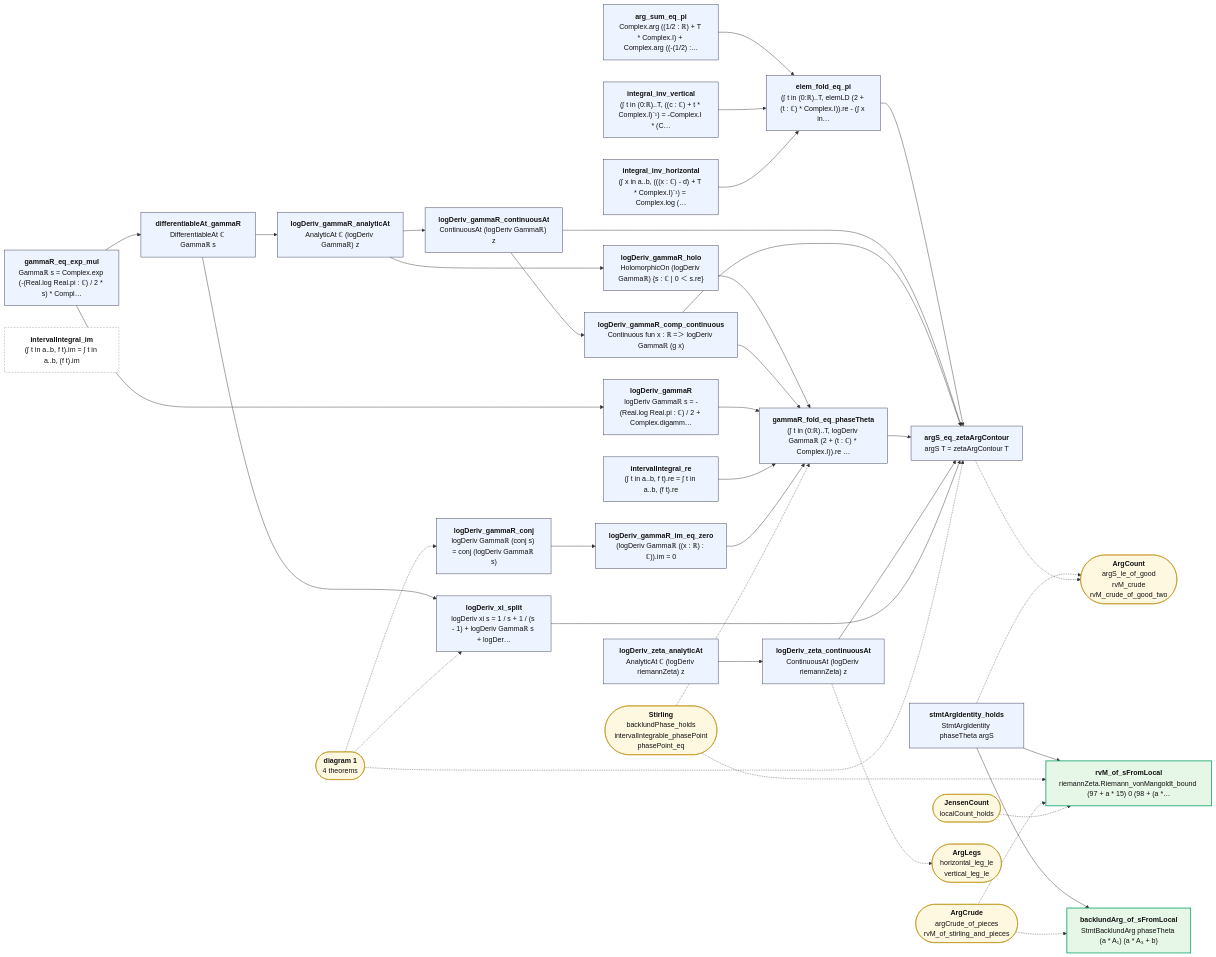
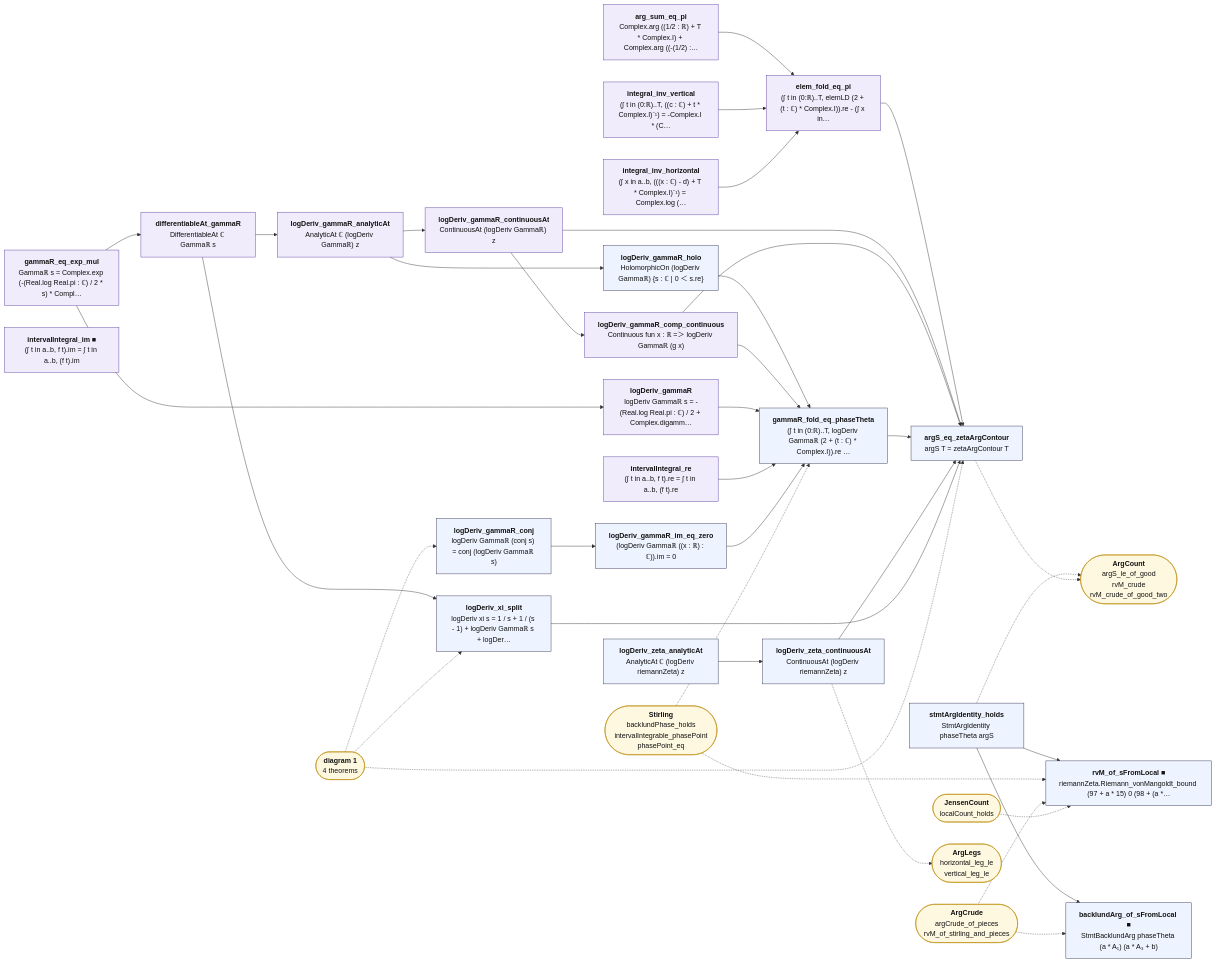
The second of 2 diagrams in map/lean_stage3/ArgIdentity.md (juliansambranojr/Primebeat_081426), drawn with Mermaid before and after one commit. The commit also changed other lines of this file and 398 other files, not shown here.

First line of the commit message:
map: the table first. Three layers from Lean's record of each proof and everything beneath it: counting (integers only), shape (analysis, no zeta), reads zeta; map/TABLE.md lists every counting theorem; the Riemann hypothesis is drawn as one reading at the edge

````diff
--- a/map/lean_stage3/ArgIdentity.md
+++ b/map/lean_stage3/ArgIdentity.md
@@ -108,73 +111,76 @@
 ```mermaid
 flowchart LR
-  n0["<b>gammaR_eq_exp_mul</b><br/>Gammaℝ s = Complex.exp (-(Real.log Real.pi : ℂ) / 2 * s) * Compl…"]:::thm
-  n1["<b>differentiableAt_gammaR</b><br/>DifferentiableAt ℂ Gammaℝ s"]:::thm
-  n2["<b>logDeriv_gammaR</b><br/>logDeriv Gammaℝ s = -(Real.log Real.pi : ℂ) / 2 + Complex.digamm…"]:::thm
+  n0["<b>gammaR_eq_exp_mul</b><br/>Gammaℝ s = Complex.exp (-(Real.log Real.pi : ℂ) / 2 * s) * Compl…"]:::shp
+  n1["<b>differentiableAt_gammaR</b><br/>DifferentiableAt ℂ Gammaℝ s"]:::shp
+  n2["<b>logDeriv_gammaR</b><br/>logDeriv Gammaℝ s = -(Real.log Real.pi : ℂ) / 2 + Complex.digamm…"]:::shp
   n3["<b>logDeriv_xi_split</b><br/>logDeriv xi s = 1 / s + 1 / (s - 1) + logDeriv Gammaℝ s + logDer…"]:::thm
-  n4["<b>intervalIntegral_re</b><br/>(∫ t in a..b, f t).re = ∫ t in a..b, (f t).re"]:::thm
-  n5["<b>intervalIntegral_im</b><br/>(∫ t in a..b, f t).im = ∫ t in a..b, (f t).im"]:::lone
+  n4["<b>intervalIntegral_re</b><br/>(∫ t in a..b, f t).re = ∫ t in a..b, (f t).re"]:::shp
+  n5["<b>intervalIntegral_im ■</b><br/>(∫ t in a..b, f t).im = ∫ t in a..b, (f t).im"]:::shp
   n6["<b>logDeriv_gammaR_conj</b><br/>logDeriv Gammaℝ (conj s) = conj (logDeriv Gammaℝ s)"]:::thm
   n7["<b>logDeriv_gammaR_im_eq_zero</b><br/>(logDeriv Gammaℝ ((x : ℝ) : ℂ)).im = 0"]:::thm
-  n8["<b>integral_inv_vertical</b><br/>(∫ t in (0:ℝ)..T, ((c : ℂ) + t * Complex.I)⁻¹) = -Complex.I * (C…"]:::thm
-  n9["<b>integral_inv_horizontal</b><br/>(∫ x in a..b, (((x : ℂ) - d) + T * Complex.I)⁻¹) = Complex.log (…"]:::thm
-  n10["<b>arg_sum_eq_pi</b><br/>Complex.arg ((1/2 : ℝ) + T * Complex.I) + Complex.arg ((-(1/2) :…"]:::thm
-  n11["<b>elem_fold_eq_pi</b><br/>(∫ t in (0:ℝ)..T, elemLD (2 + (t : ℂ) * Complex.I)).re - (∫ x in…"]:::thm
-  n12["<b>logDeriv_gammaR_analyticAt</b><br/>AnalyticAt ℂ (logDeriv Gammaℝ) z"]:::thm
-  n13["<b>logDeriv_gammaR_continuousAt</b><br/>ContinuousAt (logDeriv Gammaℝ) z"]:::thm
+  n8["<b>integral_inv_vertical</b><br/>(∫ t in (0:ℝ)..T, ((c : ℂ) + t * Complex.I)⁻¹) = -Complex.I * (C…"]:::shp
+  n9["<b>integral_inv_horizontal</b><br/>(∫ x in a..b, (((x : ℂ) - d) + T * Complex.I)⁻¹) = Complex.log (…"]:::shp
+  n10["<b>arg_sum_eq_pi</b><br/>Complex.arg ((1/2 : ℝ) + T * Complex.I) + Complex.arg ((-(1/2) :…"]:::shp
+  n11["<b>elem_fold_eq_pi</b><br/>(∫ t in (0:ℝ)..T, elemLD (2 + (t : ℂ) * Complex.I)).re - (∫ x in…"]:::shp
+  n12["<b>logDeriv_gammaR_analyticAt</b><br/>AnalyticAt ℂ (logDeriv Gammaℝ) z"]:::shp
+  n13["<b>logDeriv_gammaR_continuousAt</b><br/>ContinuousAt (logDeriv Gammaℝ) z"]:::shp
   n14["<b>logDeriv_gammaR_holo</b><br/>HolomorphicOn (logDeriv Gammaℝ) {s : ℂ | 0 ＜ s.re}"]:::thm
-  n15["<b>logDeriv_gammaR_comp_continuous</b><br/>Continuous fun x : ℝ =＞ logDeriv Gammaℝ (g x)"]:::thm
+  n15["<b>logDeriv_gammaR_comp_continuous</b><br/>Continuous fun x : ℝ =＞ logDeriv Gammaℝ (g x)"]:::shp
   n16["<b>gammaR_fold_eq_phaseTheta</b><br/>(∫ t in (0:ℝ)..T, logDeriv Gammaℝ (2 + (t : ℂ) * Complex.I)).re …"]:::thm
   n17["<b>stmtArgIdentity_holds</b><br/>StmtArgIdentity phaseTheta argS"]:::thm
-  n18["<b>backlundArg_of_sFromLocal</b><br/>StmtBacklundArg phaseTheta (a * A₁) (a * A₃ + b)"]:::end_
-  n19["<b>rvM_of_sFromLocal</b><br/>riemannZeta.Riemann_vonMangoldt_bound (97 + a * 15) 0 (98 + (a *…"]:::end_
+  n18["<b>backlundArg_of_sFromLocal ■</b><br/>StmtBacklundArg phaseTheta (a * A₁) (a * A₃ + b)"]:::thm
+  n19["<b>rvM_of_sFromLocal ■</b><br/>riemannZeta.Riemann_vonMangoldt_bound (97 + a * 15) 0 (98 + (a *…"]:::thm
   n20["<b>logDeriv_zeta_analyticAt</b><br/>AnalyticAt ℂ (logDeriv riemannZeta) z"]:::thm
   n21["<b>logDeriv_zeta_continuousAt</b><br/>ContinuousAt (logDeriv riemannZeta) z"]:::thm
   n22["<b>argS_eq_zetaArgContour</b><br/>argS T = zetaArgContour T"]:::thm
   x0(["<b>diagram 1</b><br/>4 theorems"]):::ext
   x1(["<b>Stirling</b><br/>backlundPhase_holds<br/>intervalIntegrable_phasePoint<br/>phasePoint_eq"]):::ext
   x2(["<b>ArgCount</b><br/>argS_le_of_good<br/>rvM_crude<br/>rvM_crude_of_good_two"]):::ext
   x3(["<b>ArgCrude</b><br/>argCrude_of_pieces<br/>rvM_of_stirling_and_pieces"]):::ext
   x4(["<b>JensenCount</b><br/>localCount_holds"]):::ext
   x5(["<b>ArgLegs</b><br/>horizontal_leg_le<br/>vertical_leg_le"]):::ext
   n0 --> n1
   n0 --> n2
   n1 --> n12
   n1 --> n3
   n10 --> n11
   n11 --> n22
   n12 --> n13
   n12 --> n14
   n13 --> n15
   n13 --> n22
   n14 --> n16
   n15 --> n16
   n15 --> n22
   n16 --> n22
   n17 --> n18
   n17 --> n19
   n2 --> n16
   n20 --> n21
   n21 --> n22
   n3 --> n22
   n4 --> n16
   n6 --> n7
   n7 --> n16
   n8 --> n11
   n9 --> n11
   n17 -.-> x2
   n21 -.-> x5
   n22 -.-> x2
   x0 -.-> n22
   x0 -.-> n3
   x0 -.-> n6
   x1 -.-> n16
   x1 -.-> n19
   x3 -.-> n18
   x3 -.-> n19
   x4 -.-> n19
+  classDef cnt fill:#dff5ec,stroke:#17694a,color:#111
+  classDef shp fill:#f1ecfb,stroke:#5b3fa0,color:#111
+  classDef rh fill:#ffe5e5,stroke:#c22,color:#111,stroke-width:2px
   classDef thm fill:#eef4ff,stroke:#335,color:#111
   classDef end_ fill:#e7f7e7,stroke:#2a7,color:#111,stroke-width:2px
   classDef lone fill:#fff,stroke:#999,color:#111,stroke-dasharray:4 3
   classDef bad fill:#ffe5e5,stroke:#c22,color:#111,stroke-width:2px
   classDef ext fill:#fff8e1,stroke:#b80,color:#111
 ```
````
